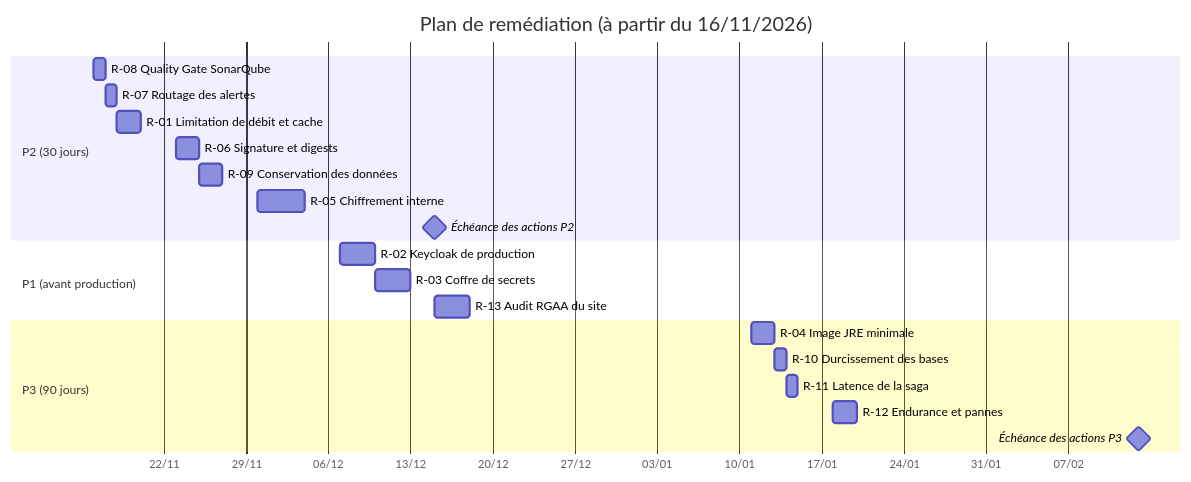
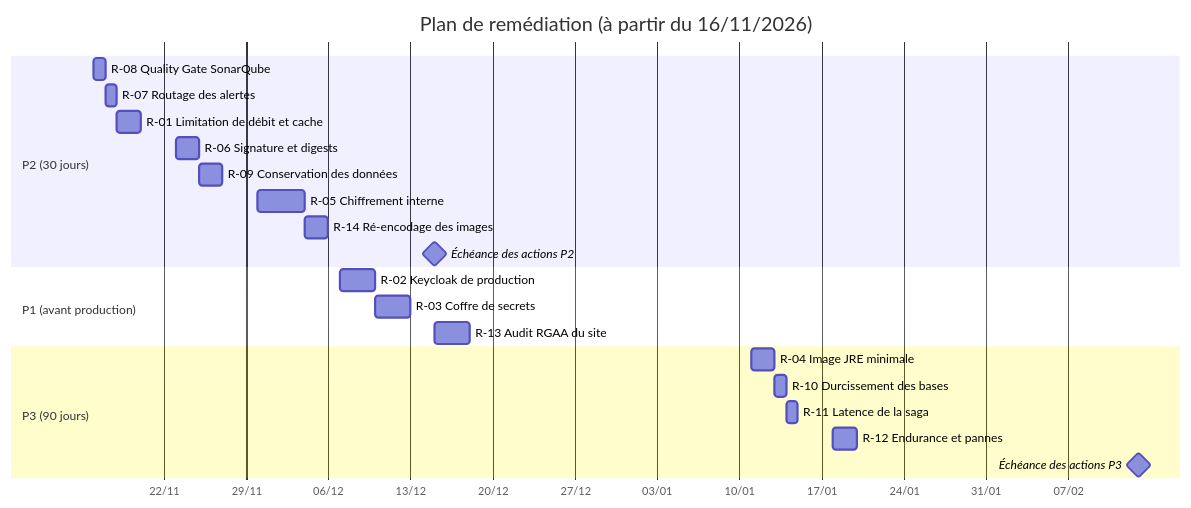
One commit to mbanzaroger/petitemaisonepouvante changed the diagram in docs/11-plan-remediation.md. Above: the diagram before and after it, drawn with Mermaid. The commit also changed other lines of this file and 75 other files, not shown here.

First line of the commit message:
feat(boutique): images des produits, recherche et tri, refonte de l'interface (US21, US22)

````diff
--- a/docs/11-plan-remediation.md
+++ b/docs/11-plan-remediation.md
@@ -45,24 +46,25 @@
 ```mermaid
 gantt
     title Plan de remédiation (à partir du 16/11/2026)
     dateFormat YYYY-MM-DD
     axisFormat %d/%m
     section P2 (30 jours)
     R-08 Quality Gate SonarQube            :r8, 2026-11-16, 1d
     R-07 Routage des alertes               :r7, 2026-11-17, 1d
     R-01 Limitation de débit et cache      :r1, 2026-11-18, 2d
     R-06 Signature et digests              :r6, 2026-11-23, 2d
     R-09 Conservation des données          :r9, 2026-11-25, 2d
     R-05 Chiffrement interne               :r5, 2026-11-30, 4d
+    R-14 Ré-encodage des images            :r14, 2026-12-04, 2d
     Échéance des actions P2                :milestone, 2026-12-15, 0d
     section P1 (avant production)
     R-02 Keycloak de production            :r2, 2026-12-07, 3d
     R-03 Coffre de secrets                 :r3, 2026-12-10, 3d
     R-13 Audit RGAA du site                :r13, 2026-12-15, 3d
     section P3 (90 jours)
     R-04 Image JRE minimale                :r4, 2027-01-11, 2d
     R-10 Durcissement des bases            :r10, 2027-01-13, 1d
     R-11 Latence de la saga                :r11, 2027-01-14, 1d
     R-12 Endurance et pannes               :r12, 2027-01-18, 2d
     Échéance des actions P3                :milestone, 2027-02-13, 0d
 ```
````
